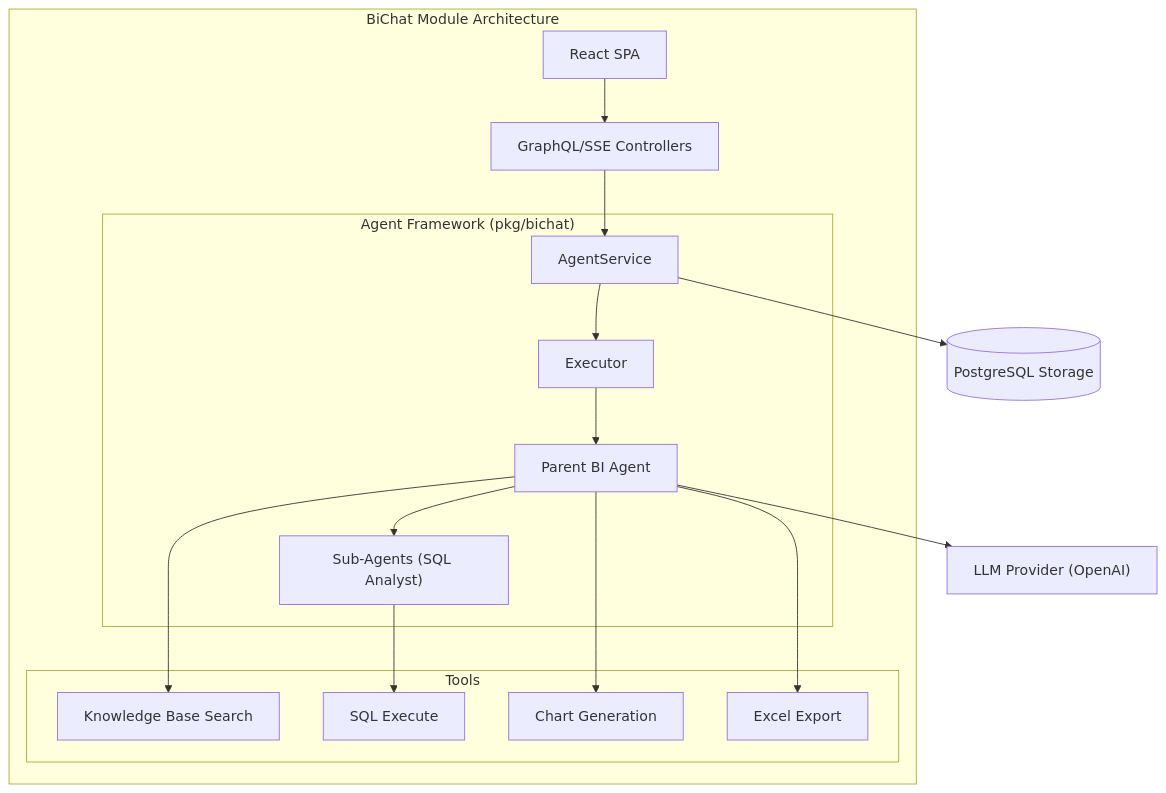
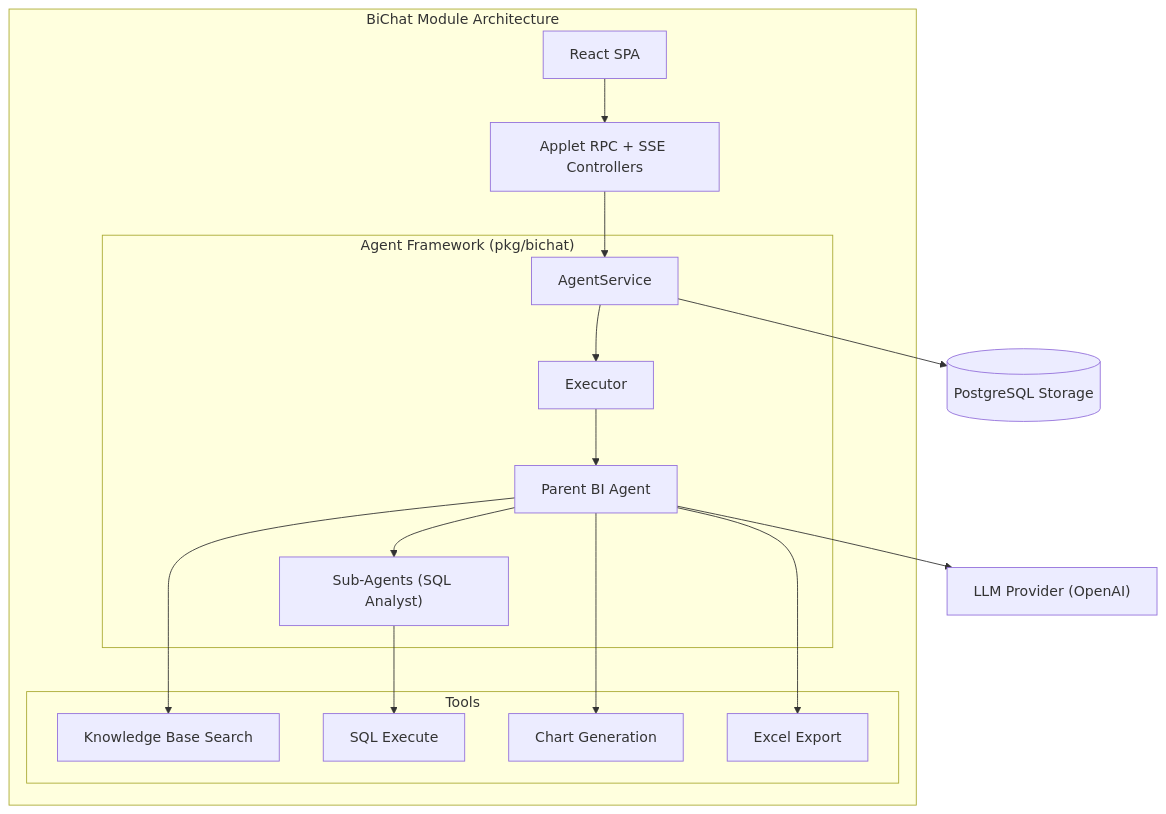
One commit to iota-uz/iota-sdk changed the diagram in docs/content/bichat/index.mdx. Above: the diagram before and after it, drawn with Mermaid. The commit also changed other lines of this file and 34 other files, not shown here.

Commit message:
refactor(bichat): remove GraphQL and use applet RPC

````diff
--- a/docs/content/bichat/index.mdx
+++ b/docs/content/bichat/index.mdx
@@ -40,23 +40,23 @@
 ```mermaid
 graph TB
     subgraph "BiChat Module Architecture"
-        A[React SPA] --> B[GraphQL/SSE Controllers]
+        A[React SPA] --> B[Applet RPC + SSE Controllers]
         B --> C[AgentService]
         
         subgraph "Agent Framework (pkg/bichat)"
             C --> D[Executor]
             D --> E[Parent BI Agent]
             E --> F["Sub-Agents (SQL Analyst)"]
         end
         
         subgraph "Tools"
             E --> G[Knowledge Base Search]
             F --> H[SQL Execute]
             E --> I[Chart Generation]
             E --> J[Excel Export]
         end
     end
     
     C --> K[(PostgreSQL Storage)]
     E --> L["LLM Provider (OpenAI)"]
 ```
````
